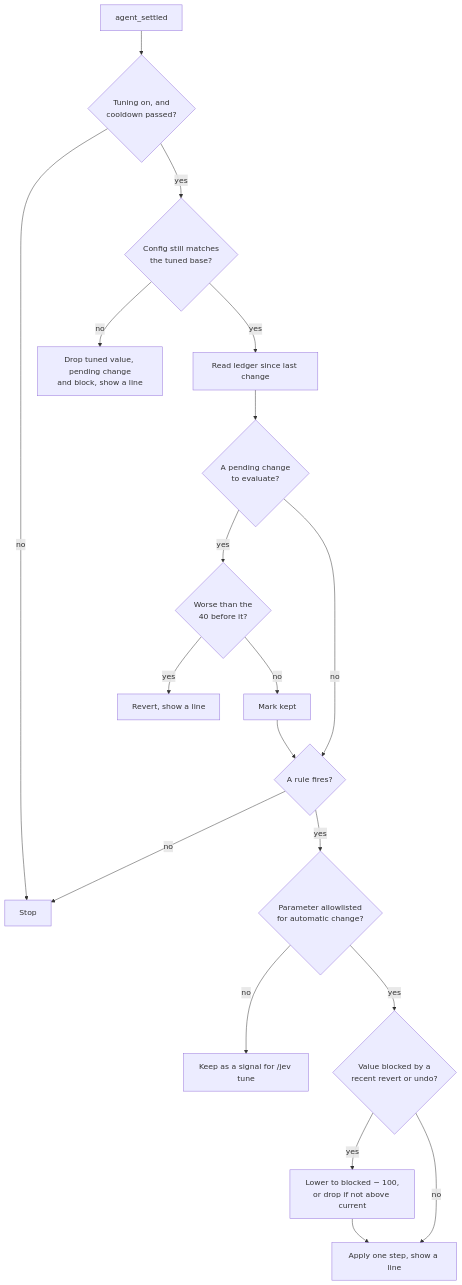
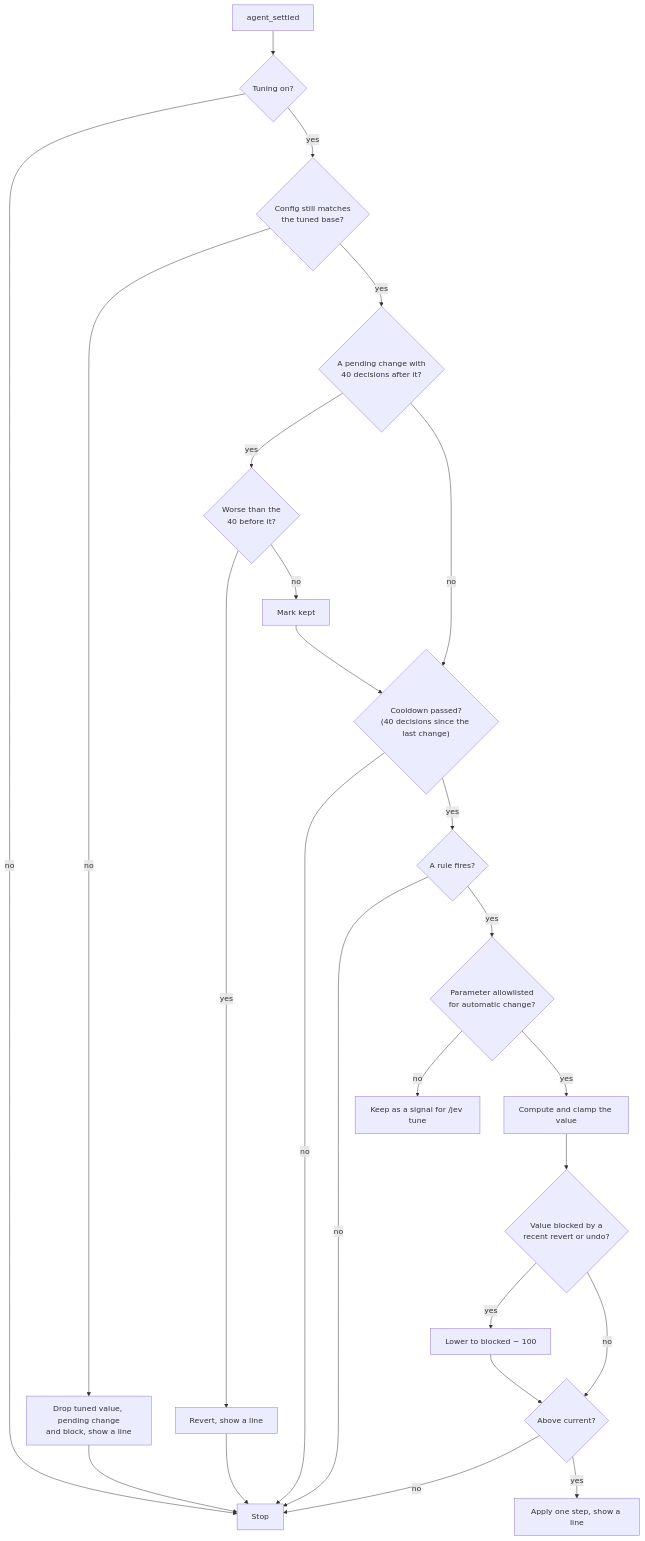
The fourth of 5 diagrams in docs/workflow.md (ttdua/pi-jev-pilot), drawn with Mermaid before and after one commit.

Commit message:
docs(tuning): fix the auto-tuning flow order

````diff
--- a/docs/workflow.md
+++ b/docs/workflow.md
@@ -145,21 +145,27 @@
 ```mermaid
 flowchart TD
-    A["agent_settled"] --> B{"Tuning on, and<br/>cooldown passed?"}
+    A["agent_settled"] --> B{"Tuning on?"}
     B -- no --> Z["Stop"]
     B -- yes --> B2{"Config still matches<br/>the tuned base?"}
     B2 -- no --> B3["Drop tuned value, pending change<br/>and block, show a line"]
-    B2 -- yes --> C["Read ledger since last change"]
-    C --> D{"A pending change<br/>to evaluate?"}
+    B3 --> Z
+    B2 -- yes --> D{"A pending change with<br/>40 decisions after it?"}
     D -- yes --> E{"Worse than the<br/>40 before it?"}
     E -- yes --> F["Revert, show a line"]
+    F --> Z
     E -- no --> G["Mark kept"]
-    D -- no --> H{"A rule fires?"}
-    G --> H
+    D -- no --> CD
+    G --> CD{"Cooldown passed?<br/>(40 decisions since the last change)"}
+    CD -- no --> Z
+    CD -- yes --> H{"A rule fires?"}
     H -- no --> Z
     H -- yes --> I{"Parameter allowlisted<br/>for automatic change?"}
     I -- no --> J["Keep as a signal for /jev tune"]
-    I -- yes --> L{"Value blocked by a<br/>recent revert or undo?"}
-    L -- yes --> M["Lower to blocked − 100,<br/>or drop if not above current"]
-    L -- no --> K["Apply one step, show a line"]
-    M --> K
+    I -- yes --> N["Compute and clamp the value"]
+    N --> L{"Value blocked by a<br/>recent revert or undo?"}
+    L -- yes --> M["Lower to blocked − 100"]
+    L -- no --> Q{"Above current?"}
+    M --> Q
+    Q -- no --> Z
+    Q -- yes --> K["Apply one step, show a line"]
 ```
````
